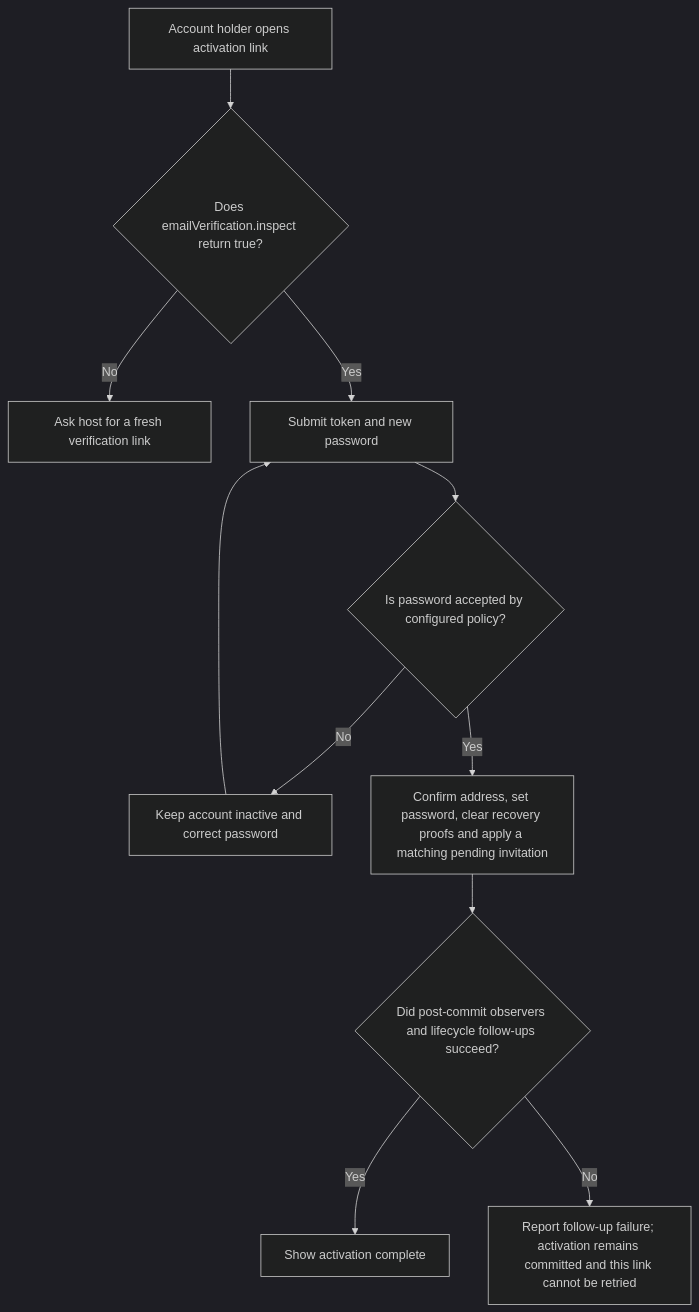
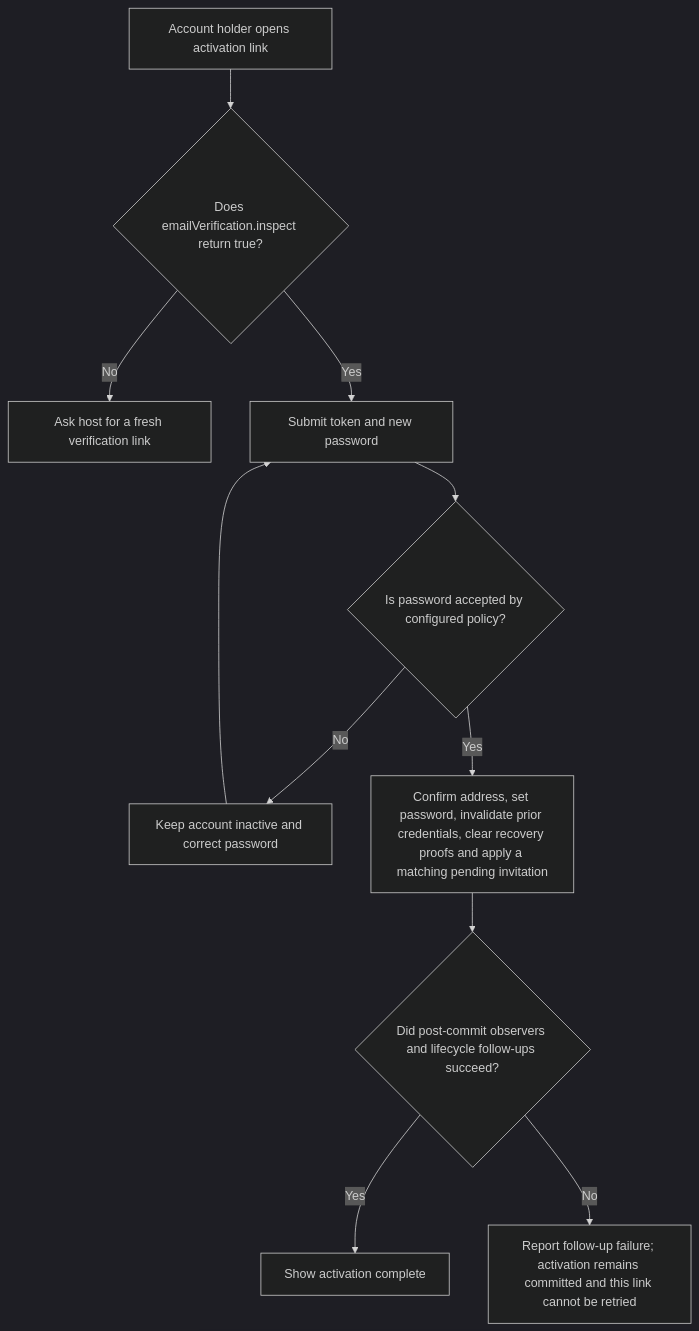
Before and after one commit to Kevinjohn/oss-adonisjs-account-kit: the first of 2 diagrams in user-stories/US-ACCOUNT-38-complete-email-verification.md, drawn with Mermaid (dark theme). The commit also changed other lines of this file, not shown here.

````diff
--- a/user-stories/US-ACCOUNT-38-complete-email-verification.md
+++ b/user-stories/US-ACCOUNT-38-complete-email-verification.md
@@ -20,13 +20,13 @@
 ```mermaid
 flowchart TD
  A["Account holder opens activation link"] --> B{"Does emailVerification.inspect return true?"}
  B -->|No| C["Ask host for a fresh verification link"]
  B -->|Yes| D["Submit token and new password"]
  D --> E{"Is password accepted by configured policy?"}
  E -->|No| F["Keep account inactive and correct password"]
  F --> D
- E -->|Yes| G["Confirm address, set password, clear recovery proofs and apply a matching pending invitation"]
+ E -->|Yes| G["Confirm address, set password, invalidate prior credentials, clear recovery proofs and apply a matching pending invitation"]
  G --> H{"Did post-commit observers and lifecycle follow-ups succeed?"}
  H -->|Yes| I["Show activation complete"]
  H -->|No| J["Report follow-up failure; activation remains committed and this link cannot be retried"]
 ```
````
